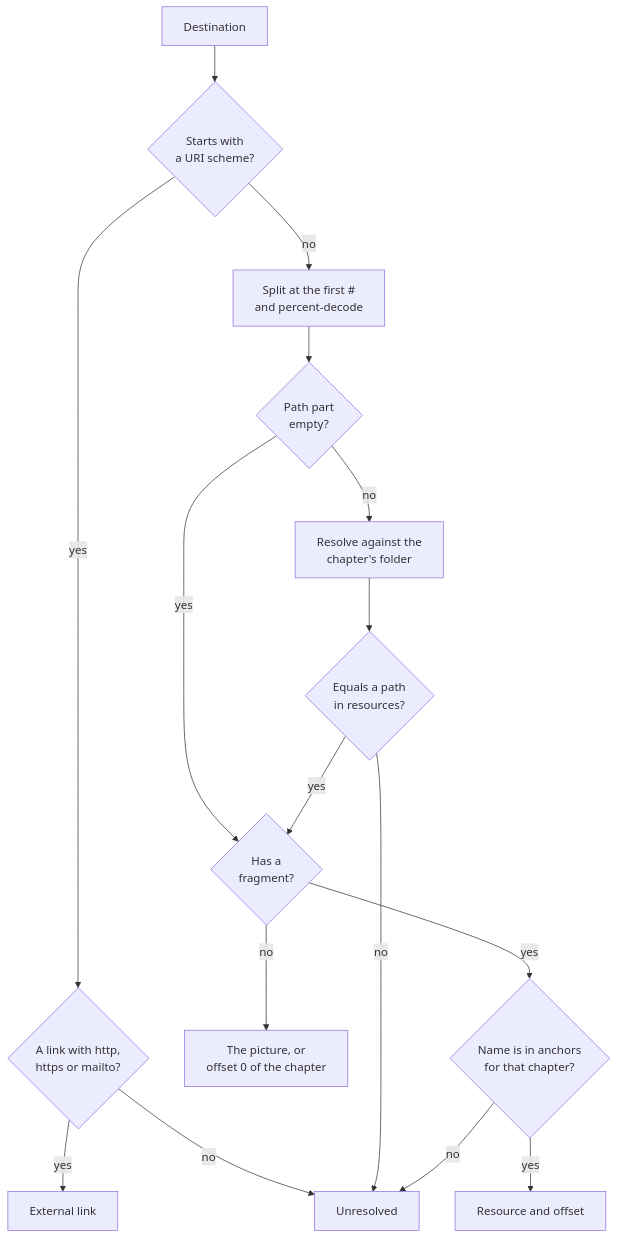
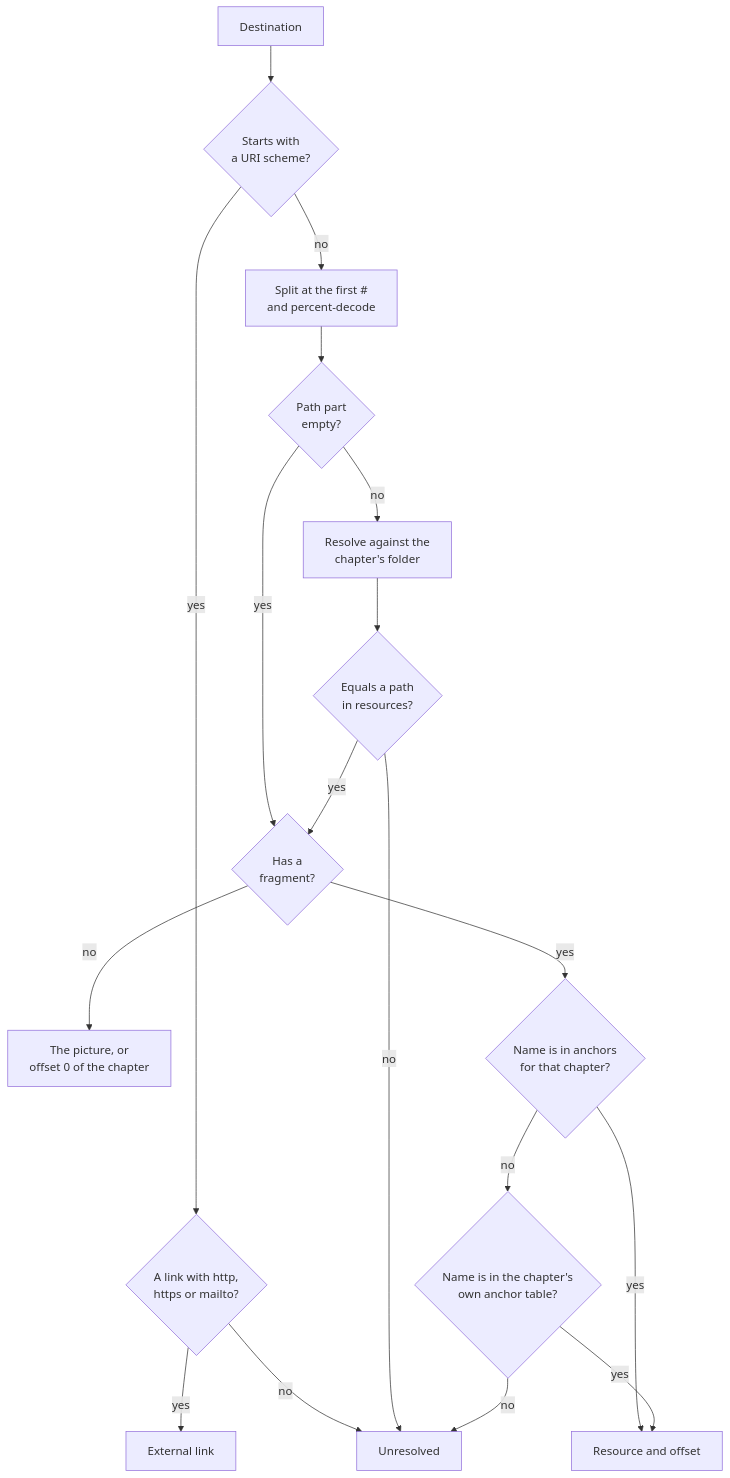
Before and after one commit to M-Compressors/mbook: the fourth of 4 diagrams in rfcs/src/0001-mbook-format.md, drawn with Mermaid. The commit also changed other lines of this file and 27 other files, not shown here.

````diff
--- a/rfcs/src/0001-mbook-format.md
+++ b/rfcs/src/0001-mbook-format.md
@@ -575,18 +650,20 @@
 ```mermaid
 flowchart TD
     dest["Destination"] --> scheme{"Starts with<br/>a URI scheme?"}
     scheme -- yes --> allowed{"A link with http,<br/>https or mailto?"}
     allowed -- yes --> ext["External link"]
     allowed -- no --> bad["Unresolved"]
     scheme -- no --> split["Split at the first #<br/>and percent-decode"]
     split --> empty{"Path part<br/>empty?"}
     empty -- yes --> frag
     empty -- no --> rel["Resolve against the<br/>chapter's folder"]
     rel --> found{"Equals a path<br/>in resources?"}
     found -- no --> bad
     found -- yes --> frag{"Has a<br/>fragment?"}
     frag -- no --> whole["The picture, or<br/>offset 0 of the chapter"]
     frag -- yes --> named{"Name is in anchors<br/>for that chapter?"}
-    named -- no --> bad
     named -- yes --> pos["Resource and offset"]
+    named -- no --> table{"Name is in the chapter's<br/>own anchor table?"}
+    table -- yes --> pos
+    table -- no --> bad
 ```
````
